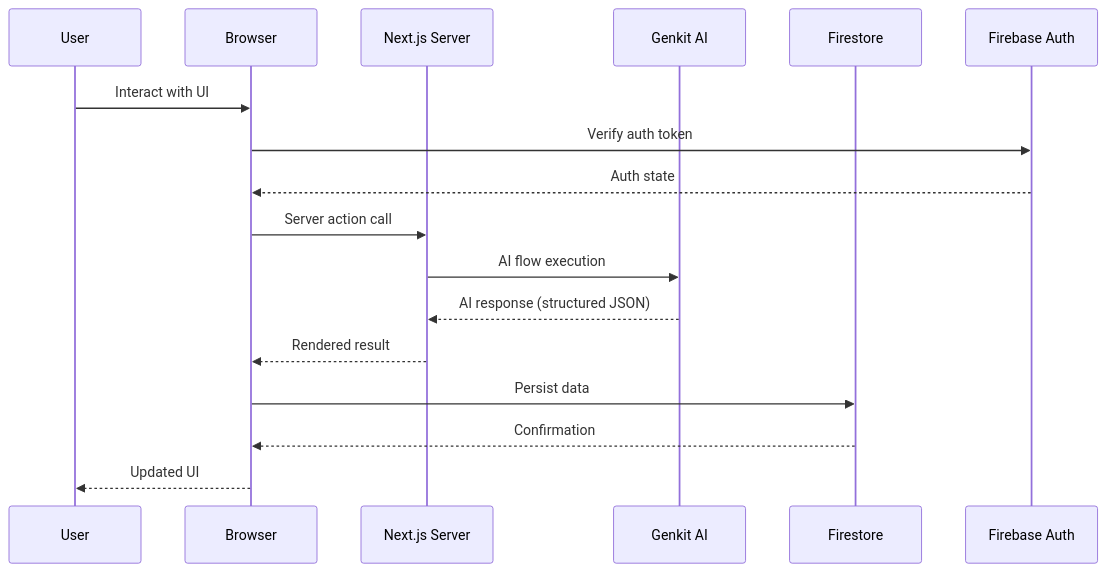
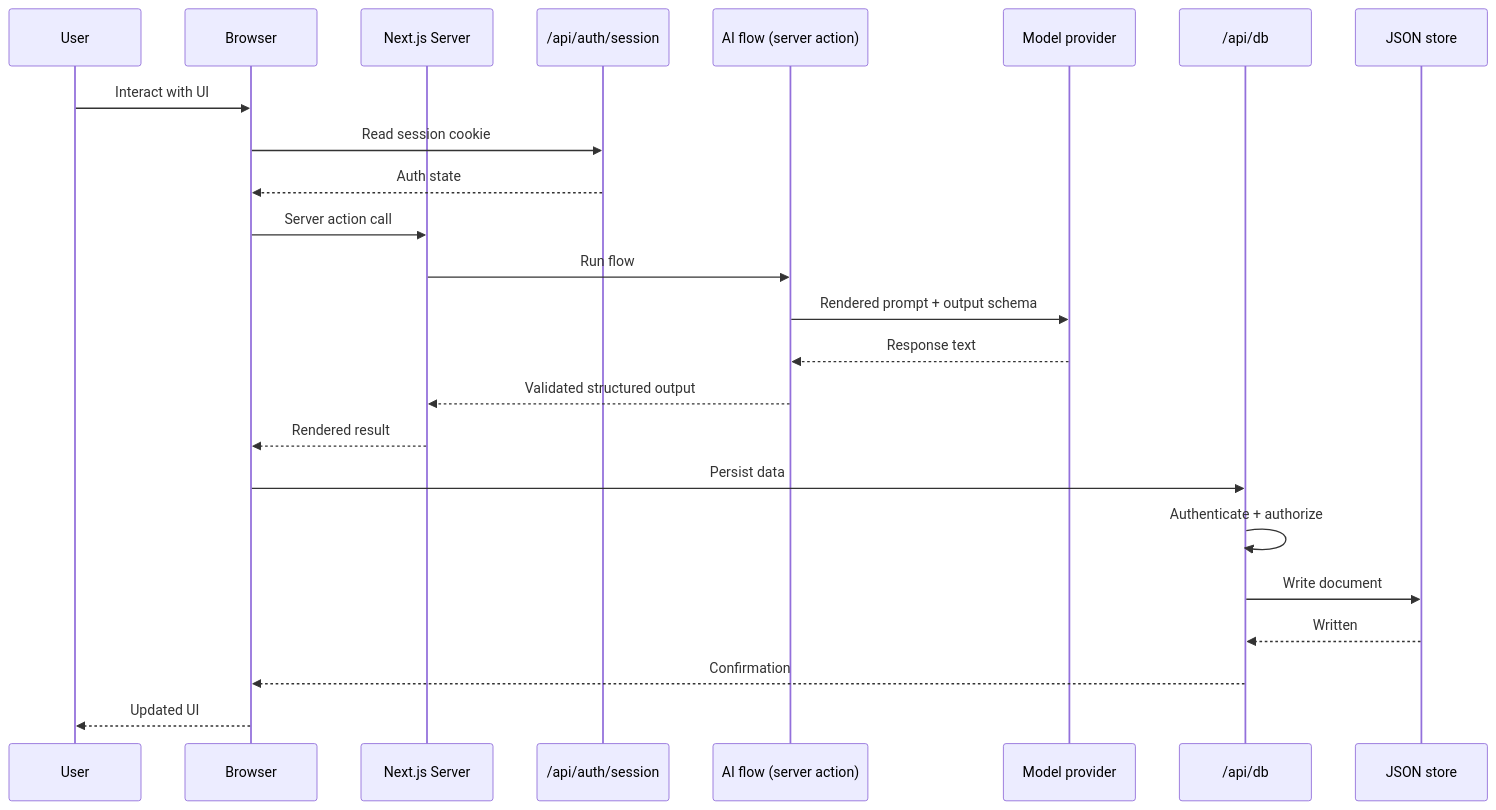
The second of 7 diagrams in docs/architecture/README.md (knotking/healthgeek), drawn with Mermaid before and after one commit. The commit also changed other lines of this file and 67 other files, not shown here.

````diff
--- a/docs/architecture/README.md
+++ b/docs/architecture/README.md
@@ -44,20 +54,27 @@
 ```mermaid
 sequenceDiagram
     participant U as User
     participant B as Browser
     participant N as Next.js Server
-    participant G as Genkit AI
-    participant F as Firestore
-    participant A as Firebase Auth
+    participant A as /api/auth/session
+    participant AI as AI flow (server action)
+    participant P as Model provider
+    participant D as /api/db
+    participant F as JSON store
 
     U->>B: Interact with UI
-    B->>A: Verify auth token
+    B->>A: Read session cookie
     A-->>B: Auth state
     B->>N: Server action call
-    N->>G: AI flow execution
-    G-->>N: AI response (structured JSON)
+    N->>AI: Run flow
+    AI->>P: Rendered prompt + output schema
+    P-->>AI: Response text
+    AI-->>N: Validated structured output
     N-->>B: Rendered result
-    B->>F: Persist data
-    F-->>B: Confirmation
+    B->>D: Persist data
+    D->>D: Authenticate + authorize
+    D->>F: Write document
+    F-->>D: Written
+    D-->>B: Confirmation
     B-->>U: Updated UI
 ```
````
